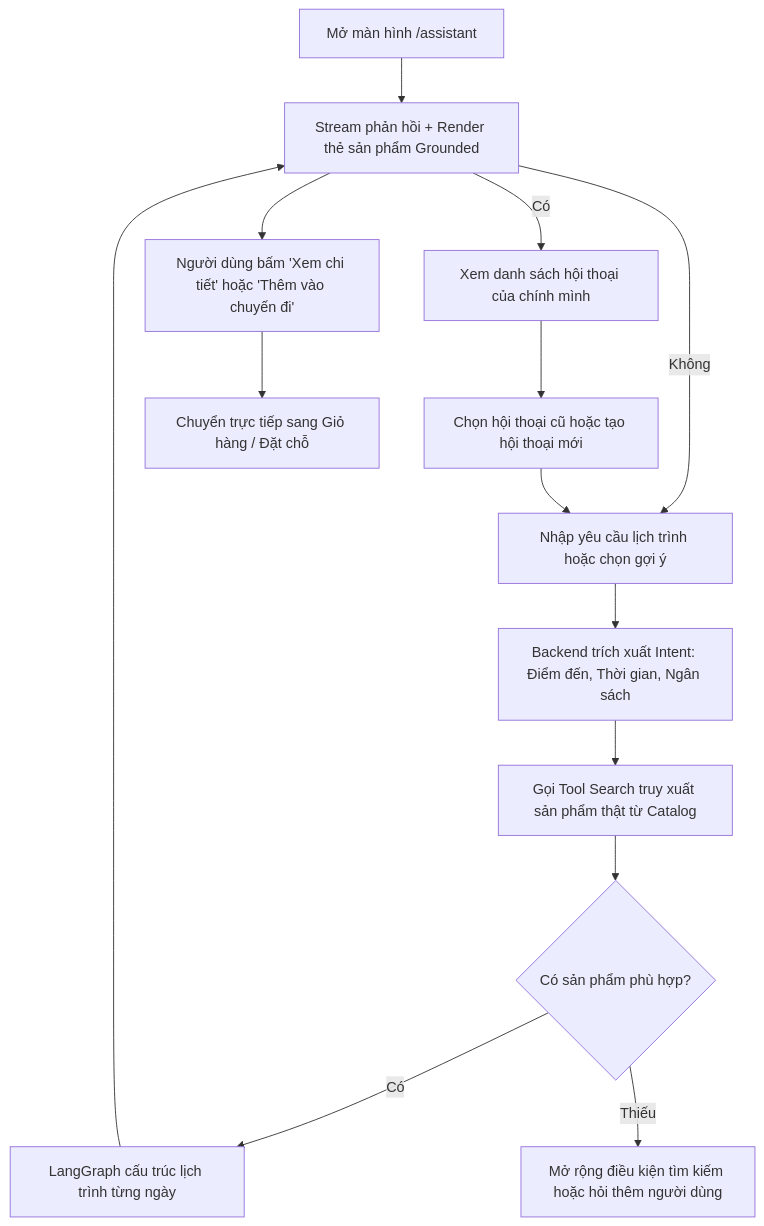
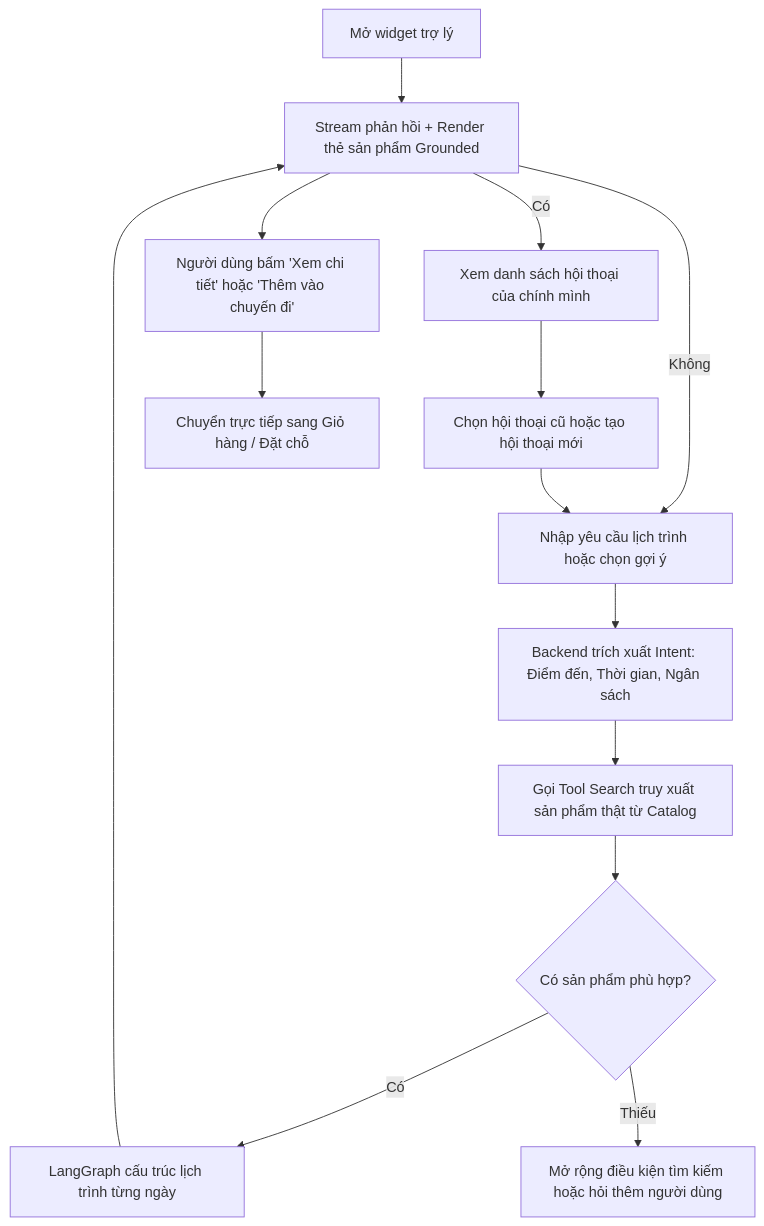
Before and after one commit to NguyenNhat4/Travel-Recommend-System: the second of 3 diagrams in docs/prd/user-flow.md, drawn with Mermaid. The commit also changed other lines of this file and 60 other files, not shown here.

First line of the commit message:
feat(frontend): chỉnh header và menu dịch vụ, font Cal Sans, gộp trợ lý về một widget

````diff
--- a/docs/prd/user-flow.md
+++ b/docs/prd/user-flow.md
@@ -68,16 +67,16 @@
 ```mermaid
 flowchart TD
-    A[Mở màn hình /assistant] --> H{Đã đăng nhập?}
+    A[Mở widget trợ lý] --> H{Đã đăng nhập?}
     H -->|Có| L[Xem danh sách hội thoại của chính mình]
     L --> M[Chọn hội thoại cũ hoặc tạo hội thoại mới]
     H -->|Không| B[Nhập yêu cầu lịch trình hoặc chọn gợi ý]
     M --> B
     B --> C[Backend trích xuất Intent: Điểm đến, Thời gian, Ngân sách]
     C --> D[Gọi Tool Search truy xuất sản phẩm thật từ Catalog]
     D --> E{Có sản phẩm phù hợp?}
     E -->|Có| F[LangGraph cấu trúc lịch trình từng ngày]
     E -->|Thiếu| G[Mở rộng điều kiện tìm kiếm hoặc hỏi thêm người dùng]
     F --> H[Stream phản hồi + Render thẻ sản phẩm Grounded]
     H --> I[Người dùng bấm 'Xem chi tiết' hoặc 'Thêm vào chuyến đi']
     I --> J[Chuyển trực tiếp sang Giỏ hàng / Đặt chỗ]
 ```
````
